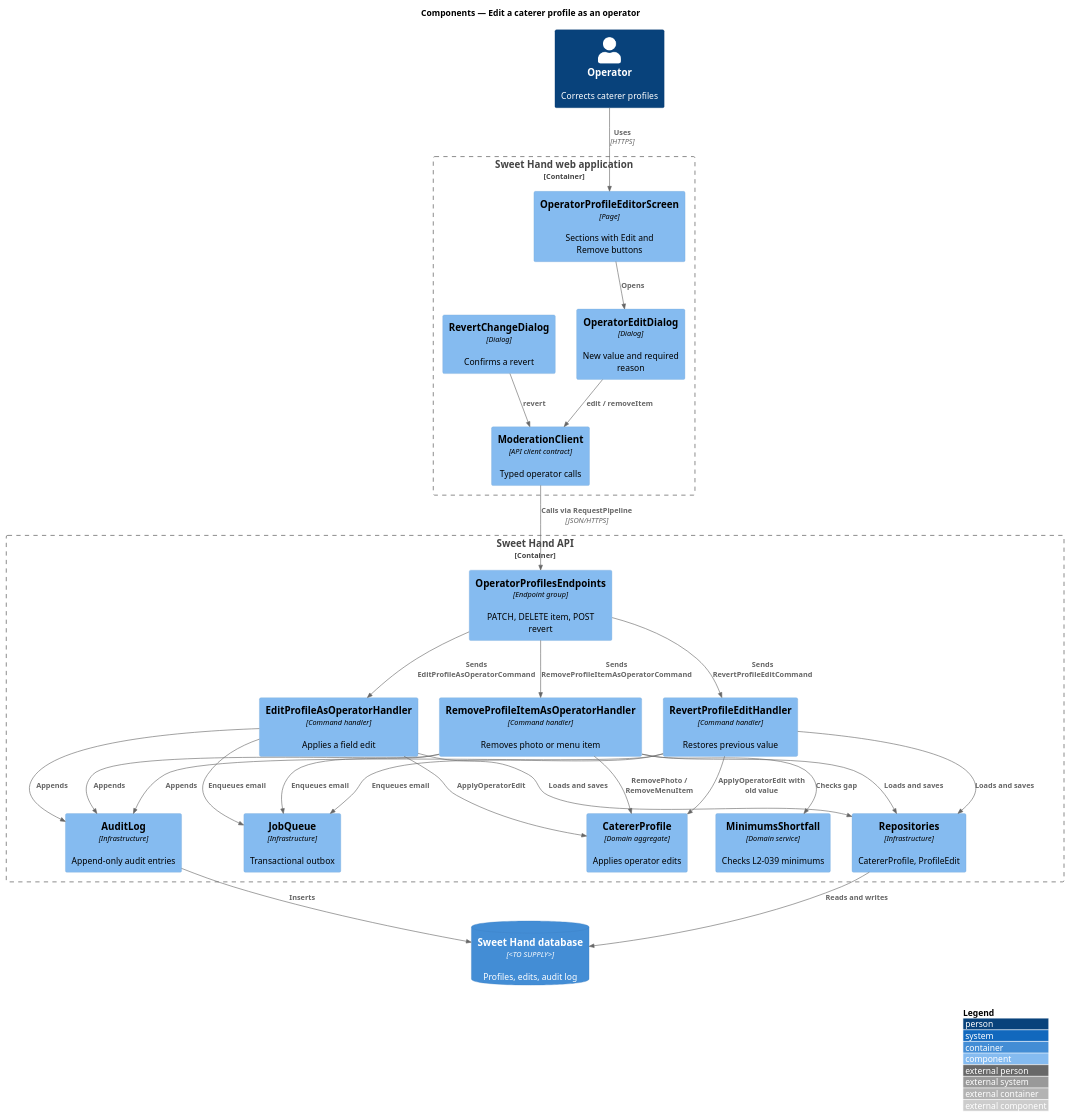
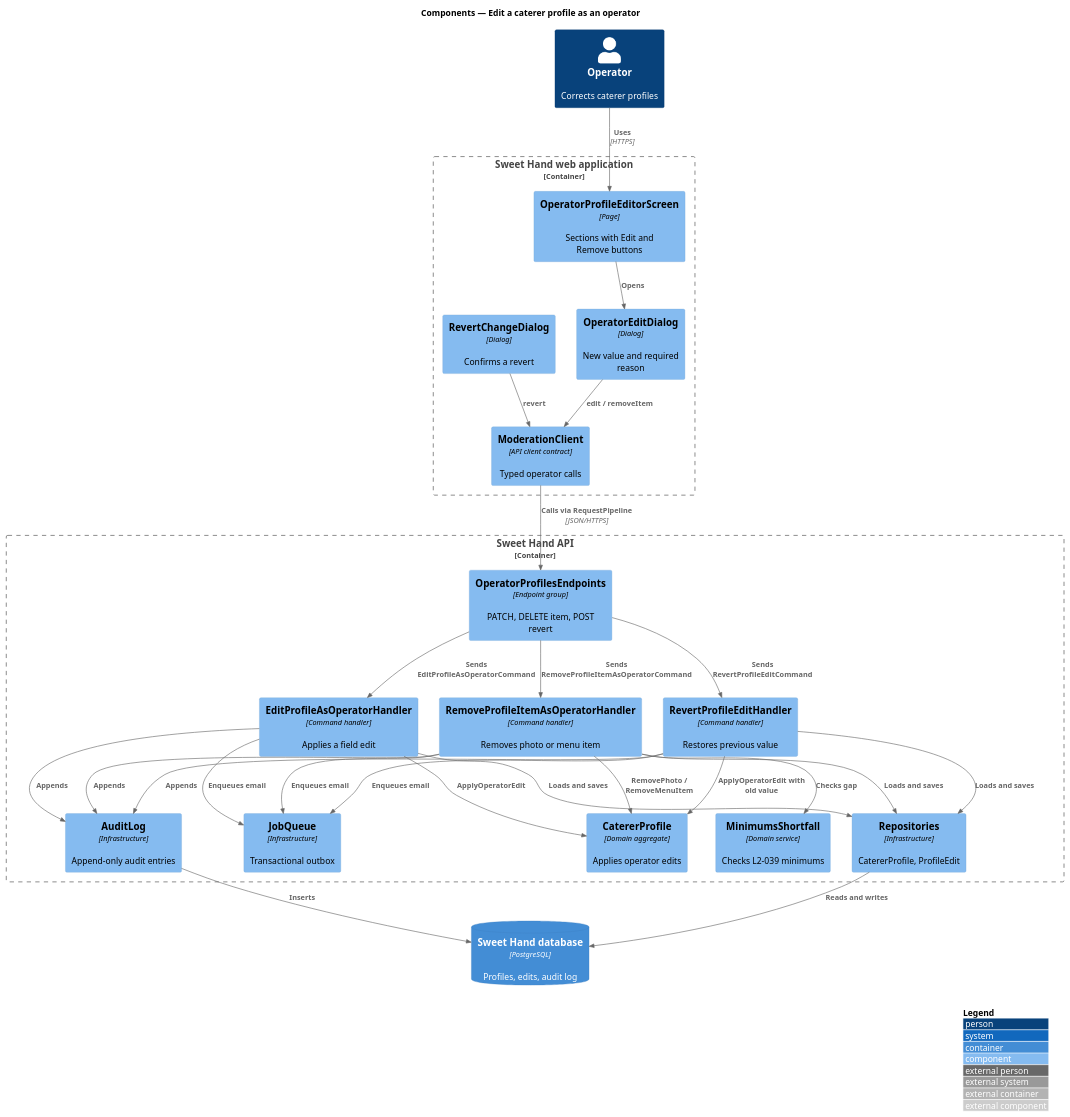
One commit to QuinntyneBrown/sweet-hand changed the diagram in docs/detailed-designs/moderation/edit-profile-as-operator/diagrams/c4-component.puml. Above: the diagram before and after it, drawn with PlantUML. The commit also changed 44 other files, not shown here.

```diff
--- a/docs/detailed-designs/moderation/edit-profile-as-operator/diagrams/c4-component.puml
+++ b/docs/detailed-designs/moderation/edit-profile-as-operator/diagrams/c4-component.puml
@@ -1,49 +1,49 @@
 @startuml
 !include <C4/C4_Component>
 LAYOUT_WITH_LEGEND()
 title Components — Edit a caterer profile as an operator
 
 Person(operator, "Operator", "Corrects caterer profiles")
 Container_Boundary(web, "Sweet Hand web application") {
   Component(editor, "OperatorProfileEditorScreen", "Page", "Sections with Edit and Remove buttons")
   Component(editDlg, "OperatorEditDialog", "Dialog", "New value and required reason")
   Component(revertDlg, "RevertChangeDialog", "Dialog", "Confirms a revert")
   Component(client, "ModerationClient", "API client contract", "Typed operator calls")
 }
 Container_Boundary(api, "Sweet Hand API") {
   Component(endpoints, "OperatorProfilesEndpoints", "Endpoint group", "PATCH, DELETE item, POST revert")
   Component(editH, "EditProfileAsOperatorHandler", "Command handler", "Applies a field edit")
   Component(removeH, "RemoveProfileItemAsOperatorHandler", "Command handler", "Removes photo or menu item")
   Component(revertH, "RevertProfileEditHandler", "Command handler", "Restores previous value")
   Component(profile, "CatererProfile", "Domain aggregate", "Applies operator edits")
   Component(shortfall, "MinimumsShortfall", "Domain service", "Checks L2-039 minimums")
   Component(audit, "AuditLog", "Infrastructure", "Append-only audit entries")
   Component(jobs, "JobQueue", "Infrastructure", "Transactional outbox")
   Component(repo, "Repositories", "Infrastructure", "CatererProfile, ProfileEdit")
 }
-ContainerDb(db, "Sweet Hand database", "<TO SUPPLY>", "Profiles, edits, audit log")
+ContainerDb(db, "Sweet Hand database", "PostgreSQL", "Profiles, edits, audit log")
 
 Rel(operator, editor, "Uses", "HTTPS")
 Rel(editor, editDlg, "Opens")
 Rel(editDlg, client, "edit / removeItem")
 Rel(revertDlg, client, "revert")
 Rel(client, endpoints, "Calls via RequestPipeline", "JSON/HTTPS")
 Rel(endpoints, editH, "Sends EditProfileAsOperatorCommand")
 Rel(endpoints, removeH, "Sends RemoveProfileItemAsOperatorCommand")
 Rel(endpoints, revertH, "Sends RevertProfileEditCommand")
 Rel(editH, profile, "ApplyOperatorEdit")
 Rel(removeH, profile, "RemovePhoto / RemoveMenuItem")
 Rel(removeH, shortfall, "Checks gap")
 Rel(revertH, profile, "ApplyOperatorEdit with old value")
 Rel(editH, audit, "Appends")
 Rel(removeH, audit, "Appends")
 Rel(revertH, audit, "Appends")
 Rel(editH, jobs, "Enqueues email")
 Rel(removeH, jobs, "Enqueues email")
 Rel(revertH, jobs, "Enqueues email")
 Rel(editH, repo, "Loads and saves")
 Rel(removeH, repo, "Loads and saves")
 Rel(revertH, repo, "Loads and saves")
 Rel(repo, db, "Reads and writes")
 Rel(audit, db, "Inserts")
 @enduml
```
